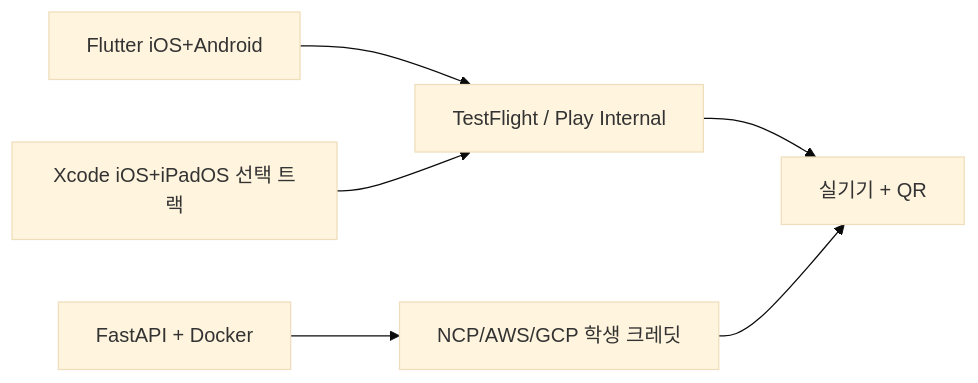
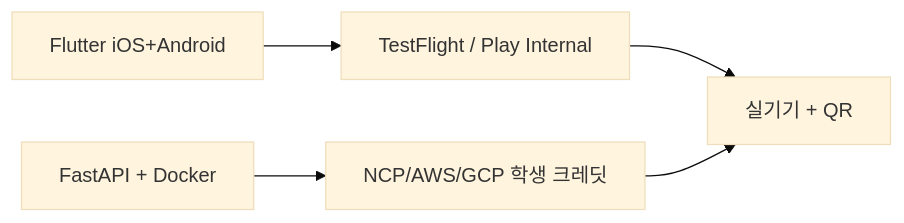
Before and after one commit to Lemon-Aid-KDT/Lemon-sin: diagram 12 of 12 in PROJECT_GUIDE.md, drawn with Mermaid (base theme). The commit also changed other lines of this file and 1 other file, not shown here.

````diff
--- a/PROJECT_GUIDE.md
+++ b/PROJECT_GUIDE.md
@@ -2456,8 +2315,7 @@
 ```mermaid
 flowchart LR
     M[Flutter iOS+Android] --> TF[TestFlight / Play Internal]
-    N[Xcode iOS+iPadOS 선택 트랙] --> TF
     B[FastAPI + Docker] --> CL[NCP/AWS/GCP 학생 크레딧]
     TF --> D[실기기 + QR]
     CL --> D
 ```
````
